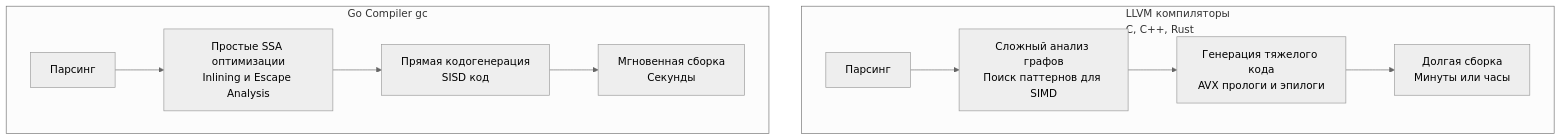
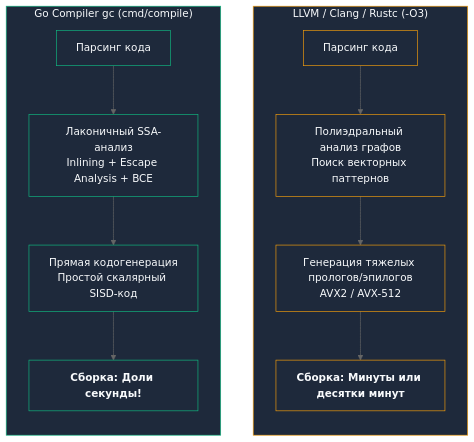
Before and after one commit to UnrealTemplier/go-textbook: the first of 2 diagrams in sources/1. Архитектура компьютера/16. Почему Go почти не использует SIMD автоматически.md, drawn with Mermaid (neutral theme). The commit also changed other lines of this file, not shown here.

Commit message:
feat(module-01): editorial rewrite of Article 16 (Why Go avoids auto-SIMD) in Kernighan style

````diff
--- a/sources/1. Архитектура компьютера/16. Почему Go почти не использует SIMD автоматически.md
+++ b/sources/1. Архитектура компьютера/16. Почему Go почти не использует SIMD автоматически.md
@@ -18,14 +28,21 @@
 ```mermaid
 flowchart TD
-    subgraph LLVM["LLVM компиляторы<br>C, C++, Rust"]
-        A1["Парсинг"] --> A2["Сложный анализ графов<br>Поиск паттернов для SIMD"]
-        A2 --> A3["Генерация тяжелого кода<br>AVX прологи и эпилоги"]
-        A3 --> A4["Долгая сборка<br>Минуты или часы"]
+    subgraph LLVM ["LLVM / Clang / Rustc (-O3)"]
+        direction TB
+        A1["Парсинг кода"] --> A2["Полиэдральный анализ графов<br>Поиск векторных паттернов"]
+        A2 --> A3["Генерация тяжелых прологов/эпилогов<br>AVX2 / AVX-512"]
+        A3 --> A4["<b>Сборка: Минуты или десятки минут</b>"]
     end
 
-    subgraph GC["Go Compiler gc"]
-        B1["Парсинг"] --> B2["Простые SSA оптимизации<br>Inlining и Escape Analysis"]
-        B2 --> B3["Прямая кодогенерация<br>SISD код"]
-        B3 --> B4["Мгновенная сборка<br>Секунды"]
+    subgraph GoGC ["Go Compiler gc (cmd/compile)"]
+        direction TB
+        B1["Парсинг кода"] --> B2["Лаконичный SSA-анализ<br>Inlining + Escape Analysis + BCE"]
+        B2 --> B3["Прямая кодогенерация<br>Простой скалярный SISD-код"]
+        B3 --> B4["<b>Сборка: Доли секунды!</b>"]
     end
+
+    classDef slow fill:#1e293b,stroke:#f59e0b,stroke-width:1px,color:#f8fafc;
+    classDef fast fill:#1e293b,stroke:#10b981,stroke-width:1px,color:#f8fafc;
+    class LLVM,A1,A2,A3,A4 slow;
+    class GoGC,B1,B2,B3,B4 fast;
 ```
````
